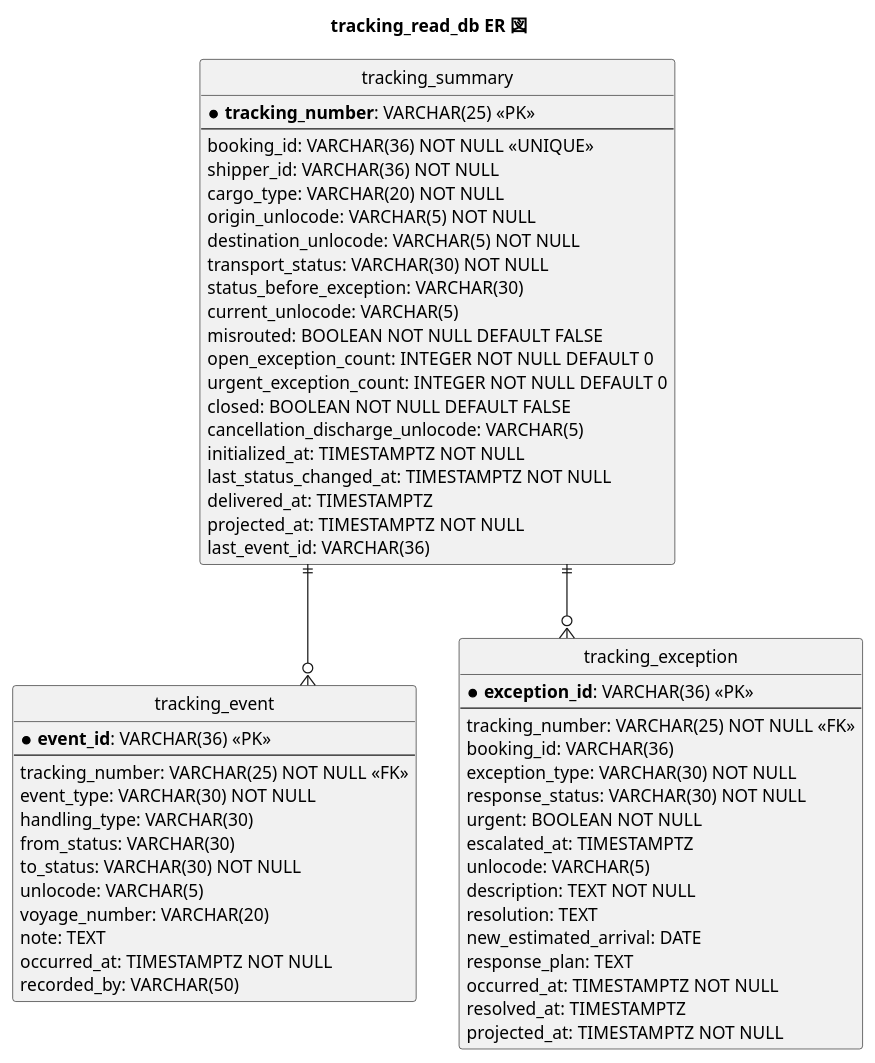
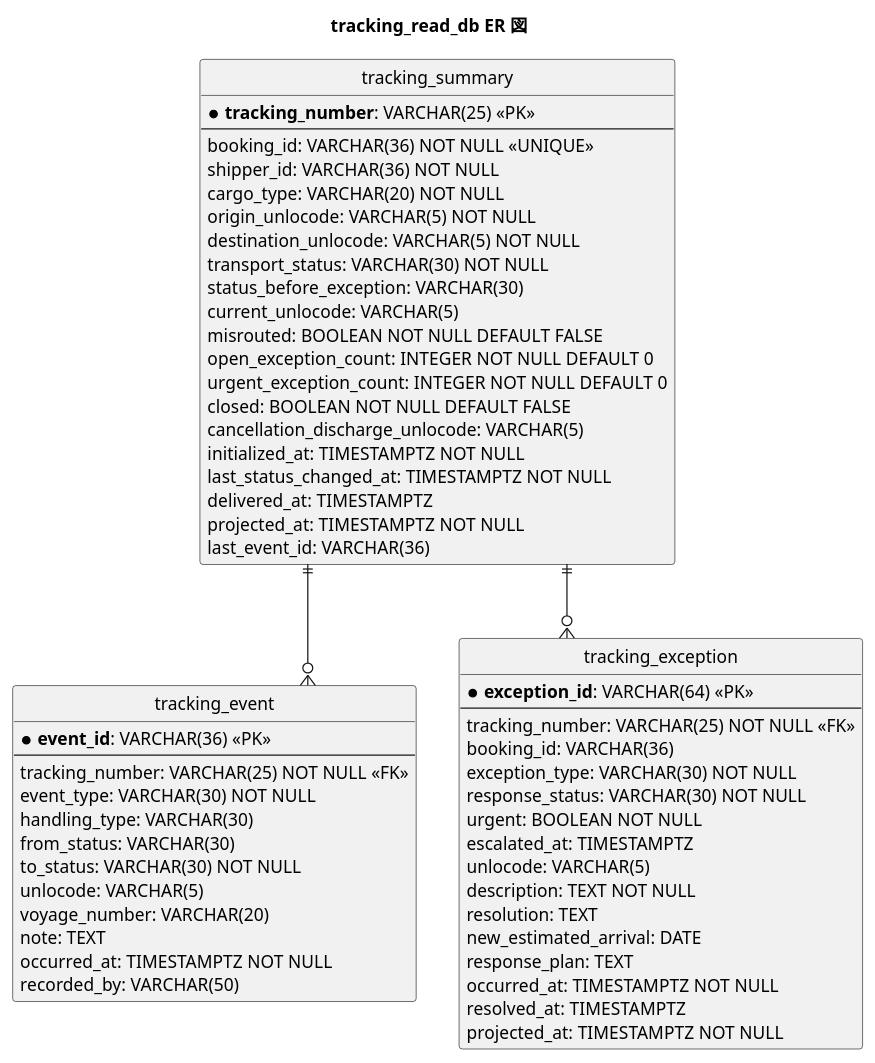
One commit to k2works/case-study-cargo-tracker changed the sixth of 10 diagrams in docs/design/cargo-tracker/data-model.md. Above: the diagram before and after it, drawn with PlantUML. The commit also changed 17 other files, not shown here.

````diff
--- a/docs/design/cargo-tracker/data-model.md
+++ b/docs/design/cargo-tracker/data-model.md
@@ -497,68 +497,68 @@
 ```plantuml
 @startuml
 title tracking_read_db ER 図
 
 hide circle
 skinparam linetype ortho
 
 entity "tracking_summary" as ts {
   * **tracking_number**: VARCHAR(25) <<PK>>
   --
   booking_id: VARCHAR(36) NOT NULL <<UNIQUE>>
   shipper_id: VARCHAR(36) NOT NULL
   cargo_type: VARCHAR(20) NOT NULL
   origin_unlocode: VARCHAR(5) NOT NULL
   destination_unlocode: VARCHAR(5) NOT NULL
   transport_status: VARCHAR(30) NOT NULL
   status_before_exception: VARCHAR(30)
   current_unlocode: VARCHAR(5)
   misrouted: BOOLEAN NOT NULL DEFAULT FALSE
   open_exception_count: INTEGER NOT NULL DEFAULT 0
   urgent_exception_count: INTEGER NOT NULL DEFAULT 0
   closed: BOOLEAN NOT NULL DEFAULT FALSE
   cancellation_discharge_unlocode: VARCHAR(5)
   initialized_at: TIMESTAMPTZ NOT NULL
   last_status_changed_at: TIMESTAMPTZ NOT NULL
   delivered_at: TIMESTAMPTZ
   projected_at: TIMESTAMPTZ NOT NULL
   last_event_id: VARCHAR(36)
 }
 
 entity "tracking_event" as te {
   * **event_id**: VARCHAR(36) <<PK>>
   --
   tracking_number: VARCHAR(25) NOT NULL <<FK>>
   event_type: VARCHAR(30) NOT NULL
   handling_type: VARCHAR(30)
   from_status: VARCHAR(30)
   to_status: VARCHAR(30) NOT NULL
   unlocode: VARCHAR(5)
   voyage_number: VARCHAR(20)
   note: TEXT
   occurred_at: TIMESTAMPTZ NOT NULL
   recorded_by: VARCHAR(50)
 }
 
 entity "tracking_exception" as tx {
-  * **exception_id**: VARCHAR(36) <<PK>>
+  * **exception_id**: VARCHAR(64) <<PK>>
   --
   tracking_number: VARCHAR(25) NOT NULL <<FK>>
   booking_id: VARCHAR(36)
   exception_type: VARCHAR(30) NOT NULL
   response_status: VARCHAR(30) NOT NULL
   urgent: BOOLEAN NOT NULL
   escalated_at: TIMESTAMPTZ
   unlocode: VARCHAR(5)
   description: TEXT NOT NULL
   resolution: TEXT
   new_estimated_arrival: DATE
   response_plan: TEXT
   occurred_at: TIMESTAMPTZ NOT NULL
   resolved_at: TIMESTAMPTZ
   projected_at: TIMESTAMPTZ NOT NULL
 }
 
 ts ||--o{ te
 ts ||--o{ tx
 @enduml
 ```
````
